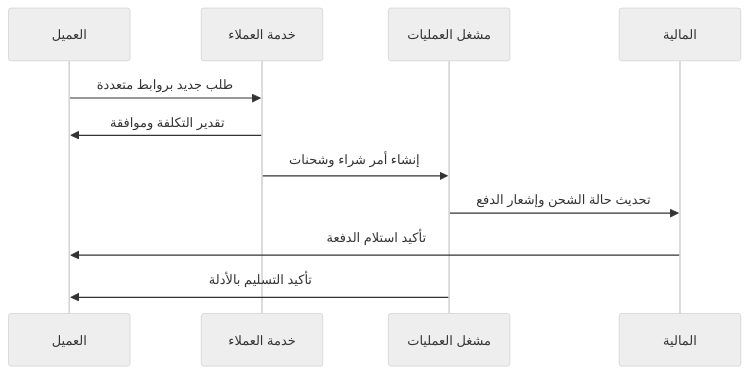
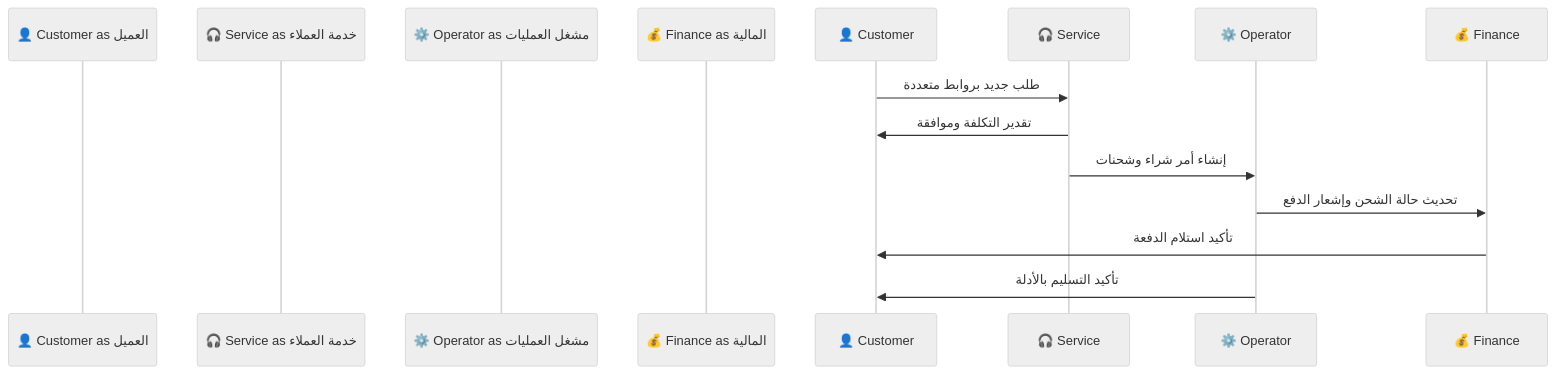
One commit to Ash69g/Documentation-Study changed the second of 2 diagrams in docs/04-use-cases/04-use-cases.md. Above: the diagram before and after it, drawn with Mermaid (neutral theme). The commit also changed other lines of this file and 2 other files, not shown here.

````diff
--- a/docs/04-use-cases/04-use-cases.md
+++ b/docs/04-use-cases/04-use-cases.md
@@ -152,13 +183,13 @@
 ```mermaid
 sequenceDiagram
-  participant Customer as العميل
-  participant Service as خدمة العملاء
-  participant Operator as مشغل العمليات
-  participant Finance as المالية
-  Customer->>Service: طلب جديد بروابط متعددة
-  Service->>Customer: تقدير التكلفة وموافقة
-  Service->>Operator: إنشاء أمر شراء وشحنات
-  Operator->>Finance: تحديث حالة الشحن وإشعار الدفع
-  Finance->>Customer: تأكيد استلام الدفعة
-  Operator->>Customer: تأكيد التسليم بالأدلة
+  participant 👤 Customer as العميل
+  participant 🎧 Service as خدمة العملاء
+  participant ⚙️ Operator as مشغل العمليات
+  participant 💰 Finance as المالية
+  👤 Customer->>🎧 Service: طلب جديد بروابط متعددة
+  🎧 Service->>👤 Customer: تقدير التكلفة وموافقة
+  🎧 Service->>⚙️ Operator: إنشاء أمر شراء وشحنات
+  ⚙️ Operator->>💰 Finance: تحديث حالة الشحن وإشعار الدفع
+  💰 Finance->>👤 Customer: تأكيد استلام الدفعة
+  ⚙️ Operator->>👤 Customer: تأكيد التسليم بالأدلة
 ```
````
